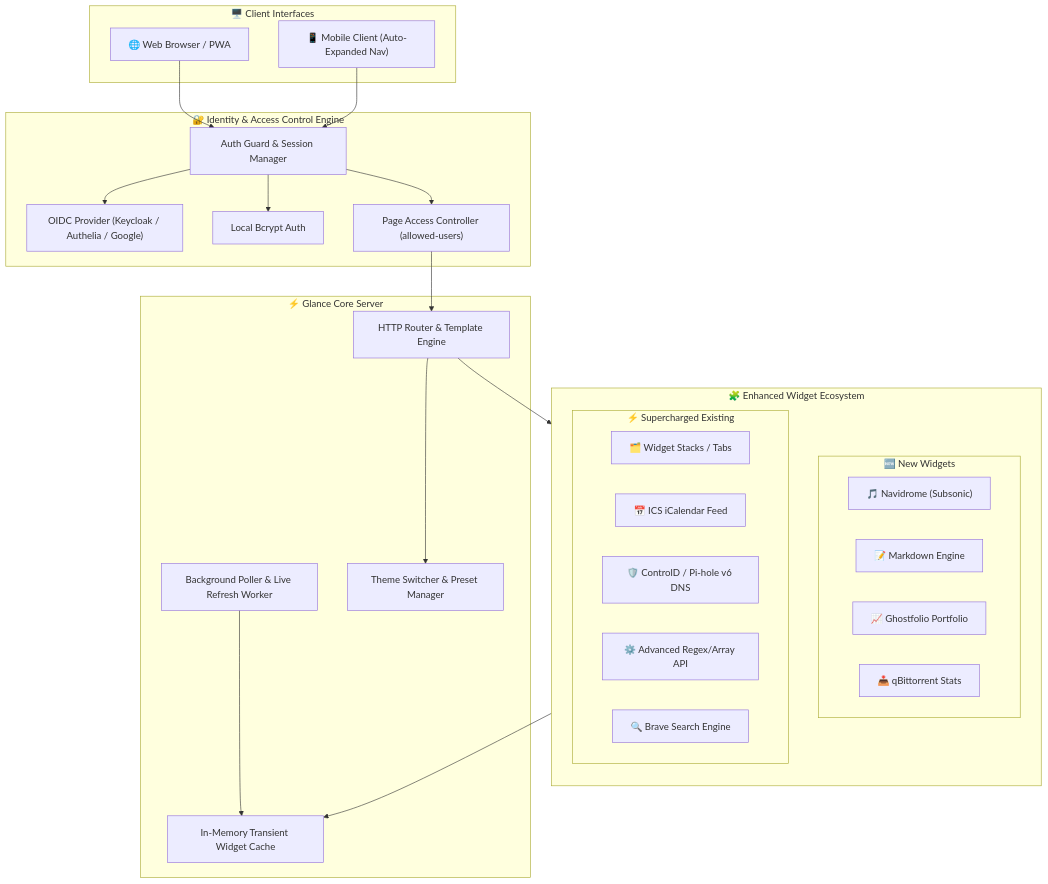
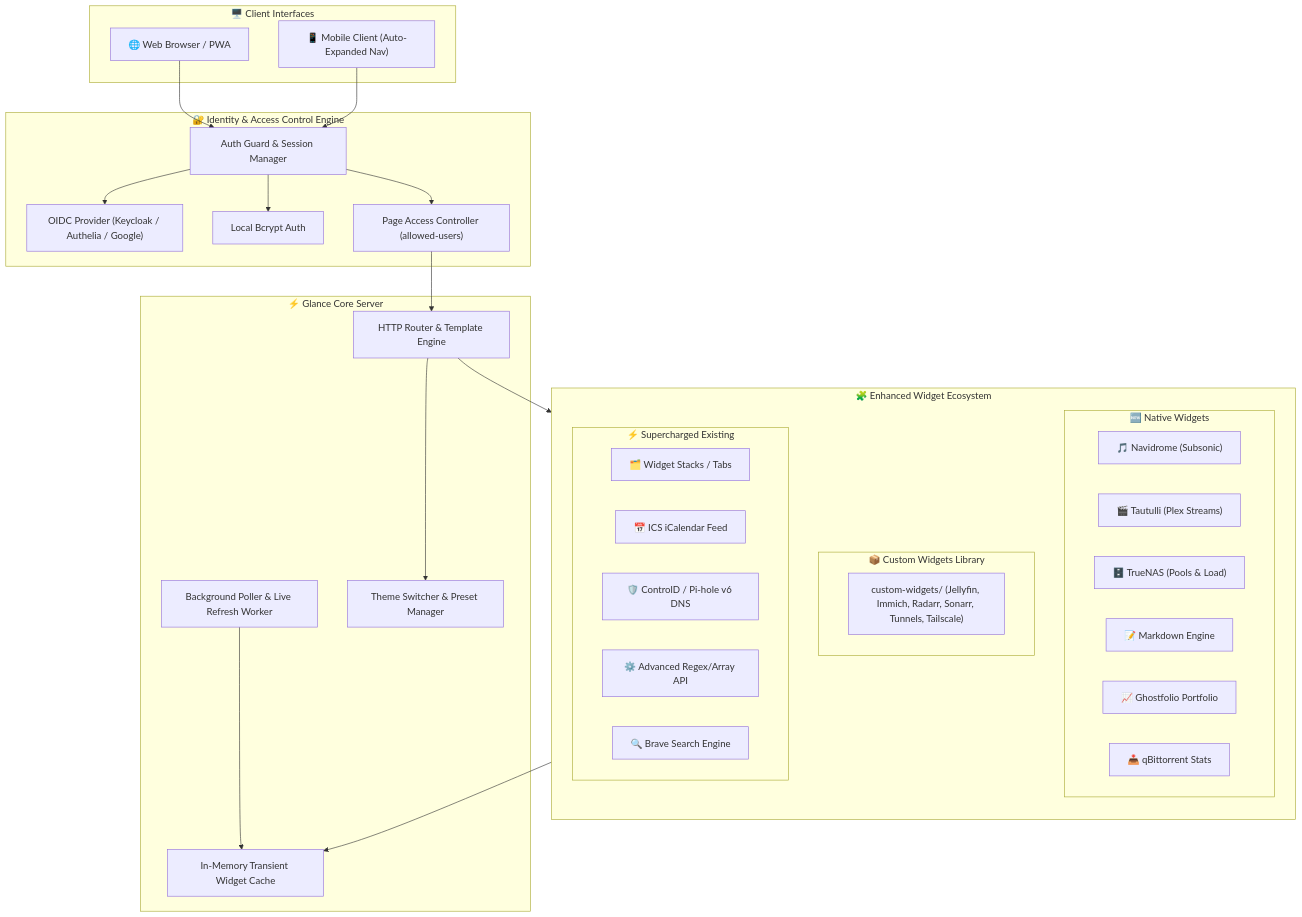
The first of 5 diagrams in NEW_FEATURES.md (kirolos-esmat/glance), drawn with Mermaid before and after one commit. The commit also changed other lines of this file and 1 other file, not shown here.

Commit message:
docs: document Tautulli & TrueNAS native widgets (PR #1060) and Custom Widgets library

````diff
--- a/NEW_FEATURES.md
+++ b/NEW_FEATURES.md
@@ -10,49 +10,54 @@
 ```mermaid
 graph TB
     subgraph Clients ["🖥️ Client Interfaces"]
         Browser["🌐 Web Browser / PWA"]
         Mobile["📱 Mobile Client (Auto-Expanded Nav)"]
     end
 
     subgraph AuthLayer ["🔐 Identity & Access Control Engine"]
         Gatekeeper["Auth Guard & Session Manager"]
         OIDC["OIDC Provider (Keycloak / Authelia / Google)"]
         LocalAuth["Local Bcrypt Auth"]
         ACL["Page Access Controller (allowed-users)"]
     end
 
     subgraph CoreEngine ["⚡ Glance Core Server"]
         Router["HTTP Router & Template Engine"]
         BgWorker["Background Poller & Live Refresh Worker"]
         ThemeEngine["Theme Switcher & Preset Manager"]
         Cache["In-Memory Transient Widget Cache"]
     end
 
     subgraph WidgetsEngine ["🧩 Enhanced Widget Ecosystem"]
         direction TB
-        subgraph NewWidgets ["🆕 New Widgets"]
+        subgraph NewWidgets ["🆕 Native Widgets"]
             Navidrome["🎵 Navidrome (Subsonic)"]
+            Tautulli["🎬 Tautulli (Plex Streams)"]
+            TrueNAS["🗄️ TrueNAS (Pools & Load)"]
             Markdown["📝 Markdown Engine"]
             Ghostfolio["📈 Ghostfolio Portfolio"]
             QBit["📥 qBittorrent Stats"]
+        end
+        subgraph CustomWidgetsLib ["📦 Custom Widgets Library"]
+            CustomLib["custom-widgets/ (Jellyfin, Immich, Radarr, Sonarr, Tunnels, Tailscale)"]
         end
         subgraph EnhancedWidgets ["⚡ Supercharged Existing"]
             Stack["🗂️ Widget Stacks / Tabs"]
             ICSCal["📅 ICS iCalendar Feed"]
             ControlD["🛡️ ControlD / Pi-hole v6 DNS"]
             CustomAPI["⚙️ Advanced Regex/Array API"]
             BraveSearch["🔍 Brave Search Engine"]
         end
     end
 
     Browser --> Gatekeeper
     Mobile --> Gatekeeper
     Gatekeeper --> OIDC
     Gatekeeper --> LocalAuth
     Gatekeeper --> ACL
     ACL --> Router
     Router --> WidgetsEngine
     BgWorker --> Cache
     WidgetsEngine --> Cache
     Router --> ThemeEngine
 ```
````
